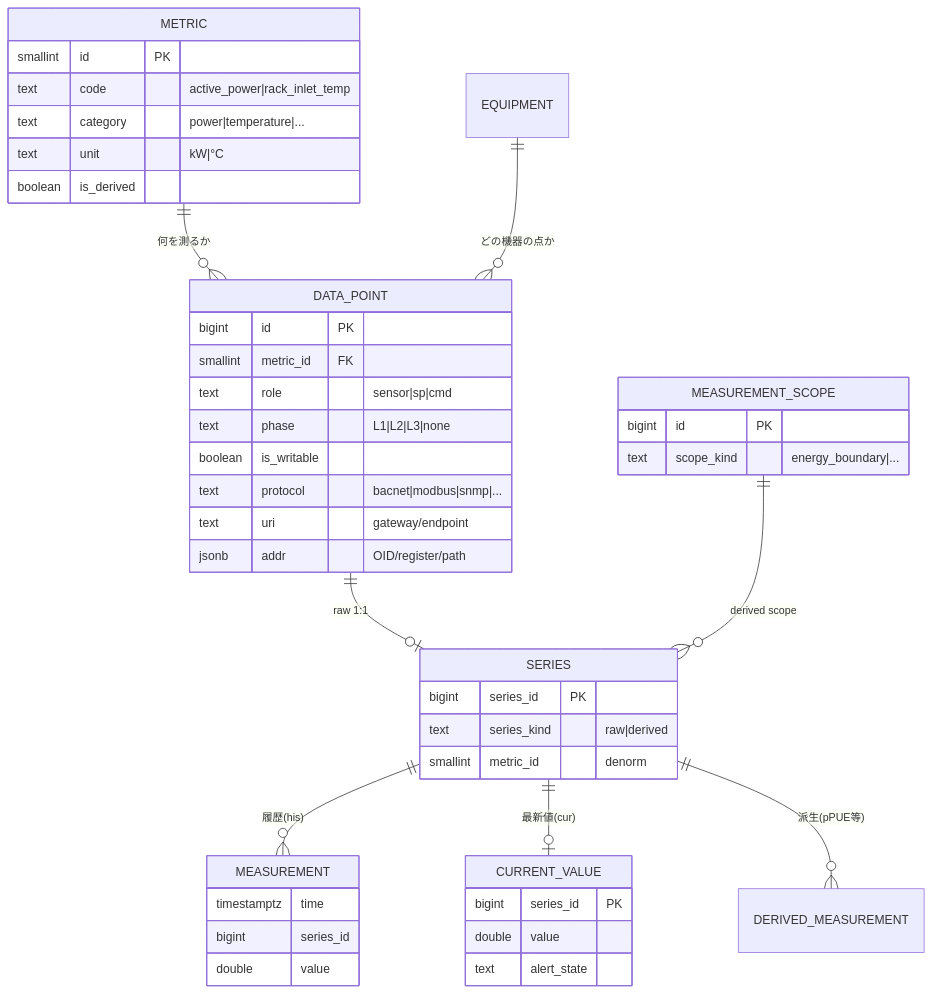
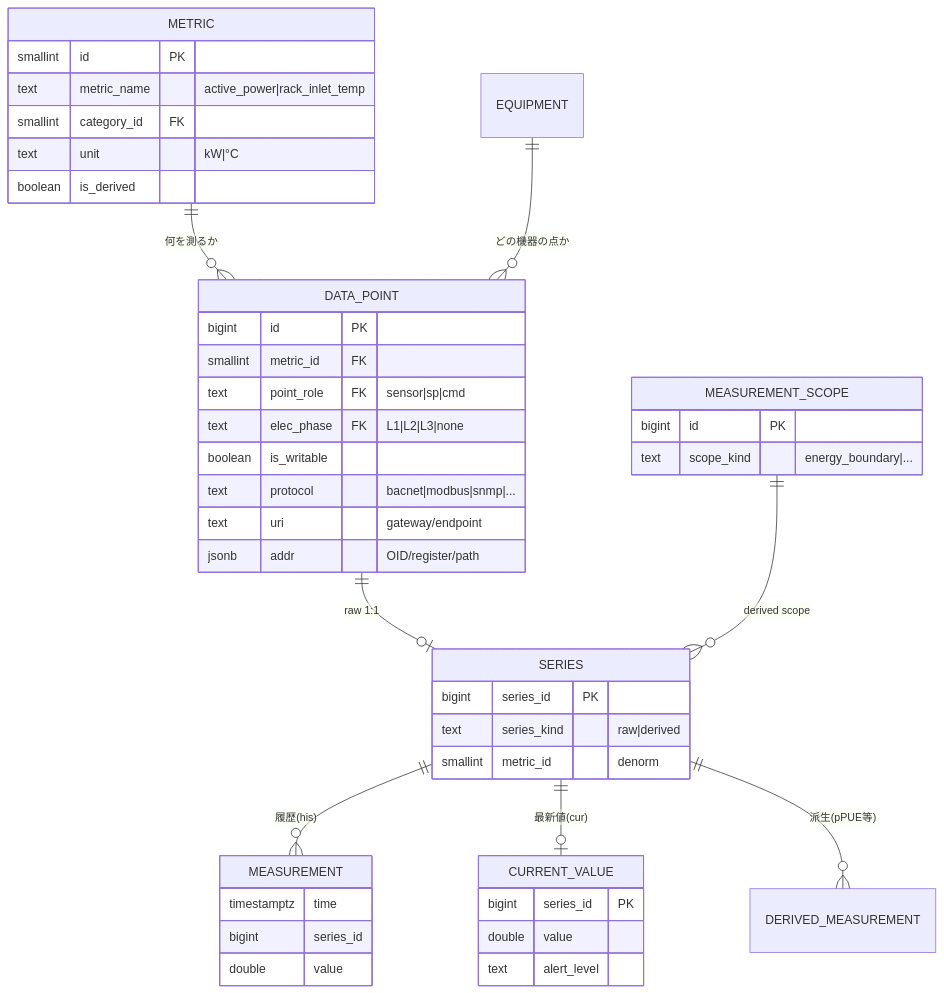
One commit to hn-11/dcim-schema-design changed the third of 6 diagrams in 00-overview.md. Above: the diagram before and after it, drawn with Mermaid. The commit also changed other lines of this file and 8 other files, not shown here.

First line of the commit message:
refactor(schema): 論理グルーピング追加 + 型制約全面改訂 + 構造リファクタ

````diff
--- a/00-overview.md
+++ b/00-overview.md
@@ -145,47 +145,47 @@
 ```mermaid
 erDiagram
     METRIC ||--o{ DATA_POINT : "何を測るか"
     EQUIPMENT ||--o{ DATA_POINT : "どの機器の点か"
     DATA_POINT ||--o| SERIES : "raw 1:1"
     MEASUREMENT_SCOPE ||--o{ SERIES : "derived scope"
     SERIES ||--o{ MEASUREMENT : "履歴(his)"
     SERIES ||--o| CURRENT_VALUE : "最新値(cur)"
     SERIES ||--o{ DERIVED_MEASUREMENT : "派生(pPUE等)"
 
     METRIC {
         smallint id PK
-        text code "active_power|rack_inlet_temp"
-        text category "power|temperature|..."
+        text metric_name "active_power|rack_inlet_temp"
+        smallint category_id FK
         text unit "kW|°C"
         boolean is_derived
     }
     DATA_POINT {
         bigint id PK
         smallint metric_id FK
-        text role "sensor|sp|cmd"
-        text phase "L1|L2|L3|none"
+        text point_role FK "sensor|sp|cmd"
+        text elec_phase FK "L1|L2|L3|none"
         boolean is_writable
         text protocol "bacnet|modbus|snmp|..."
         text uri "gateway/endpoint"
         jsonb addr "OID/register/path"
     }
     SERIES {
         bigint series_id PK
         text series_kind "raw|derived"
         smallint metric_id "denorm"
     }
     MEASUREMENT_SCOPE {
         bigint id PK
         text scope_kind "energy_boundary|..."
     }
     MEASUREMENT {
         timestamptz time
         bigint series_id
         double value
     }
     CURRENT_VALUE {
         bigint series_id PK
         double value
-        text alert_state
+        text alert_level
     }
 ```
````
